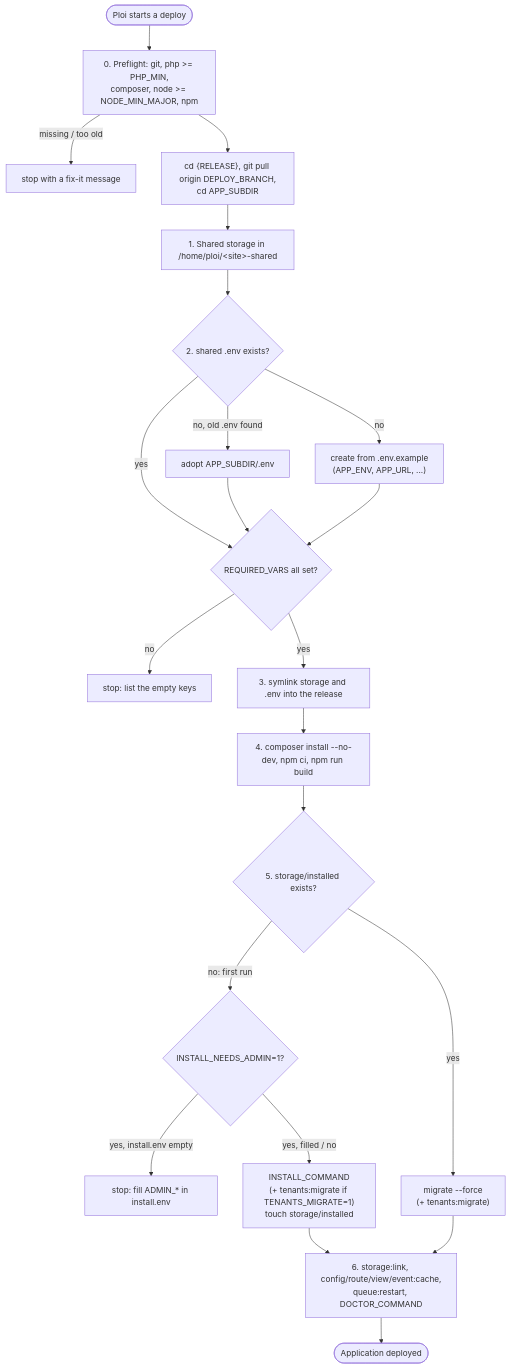
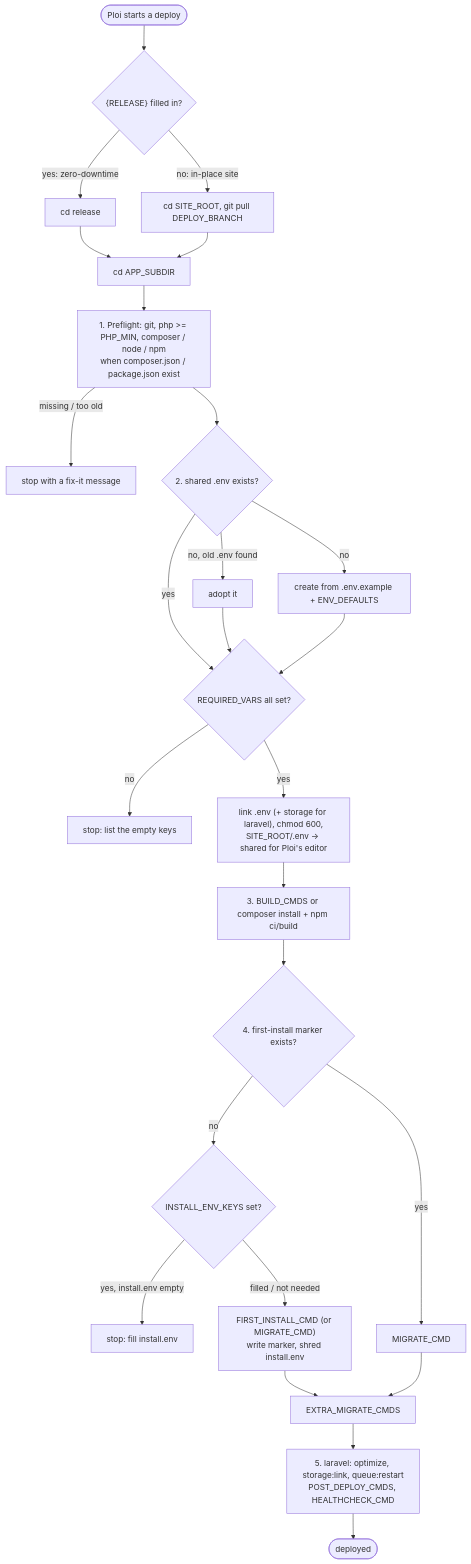
Before and after one commit to simtabi/server-infra-workbench: the diagram in docs/deploy.md, drawn with Mermaid. The commit also changed other lines of this file and 12 other files, not shown here.

````diff
--- a/docs/deploy.md
+++ b/docs/deploy.md
@@ -18,24 +27,28 @@
 ```mermaid
 flowchart TD
-    start(["Ploi starts a deploy"]) --> pre["0. Preflight: git, php >= PHP_MIN,<br/>composer, node >= NODE_MIN_MAJOR, npm"]
+    start(["Ploi starts a deploy"]) --> rel{"{RELEASE} filled in?"}
+    rel -->|"yes: zero-downtime"| zd["cd release"]
+    rel -->|"no: in-place site"| ip["cd SITE_ROOT, git pull DEPLOY_BRANCH"]
+    zd --> sub["cd APP_SUBDIR"]
+    ip --> sub
+    sub --> pre["1. Preflight: git, php >= PHP_MIN, composer / node / npm<br/>when composer.json / package.json exist"]
     pre -->|"missing / too old"| stop1["stop with a fix-it message"]
-    pre --> pull["cd {RELEASE}, git pull origin DEPLOY_BRANCH,<br/>cd APP_SUBDIR"]
-    pull --> shared["1. Shared storage in /home/ploi/&lt;site&gt;-shared"]
-    shared --> envq{"2. shared .env exists?"}
-    envq -->|no, old .env found| adopt["adopt APP_SUBDIR/.env"]
-    envq -->|no| create["create from .env.example<br/>(APP_ENV, APP_URL, ...)"]
+    pre --> envq{"2. shared .env exists?"}
+    envq -->|"no, old .env found"| adopt["adopt it"]
+    envq -->|no| create["create from .env.example + ENV_DEFAULTS"]
     envq -->|yes| req
     adopt --> req
     create --> req{"REQUIRED_VARS all set?"}
     req -->|no| stop2["stop: list the empty keys"]
-    req -->|yes| link["3. symlink storage and .env into the release"]
-    link --> build["4. composer install --no-dev, npm ci, npm run build"]
-    build --> inst{"5. storage/installed exists?"}
-    inst -->|"no: first run"| admin{"INSTALL_NEEDS_ADMIN=1?"}
-    admin -->|yes, install.env empty| stop3["stop: fill ADMIN_* in install.env"]
-    admin -->|"yes, filled / no"| install["INSTALL_COMMAND<br/>(+ tenants:migrate if TENANTS_MIGRATE=1)<br/>touch storage/installed"]
-    inst -->|yes| migrate["migrate --force<br/>(+ tenants:migrate)"]
-    install --> cache
-    migrate --> cache["6. storage:link, config/route/view/event:cache,<br/>queue:restart, DOCTOR_COMMAND"]
-    cache --> done(["Application deployed"])
+    req -->|yes| link["link .env (+ storage for laravel), chmod 600,<br/>SITE_ROOT/.env -> shared for Ploi's editor"]
+    link --> build["3. BUILD_CMDS or composer install + npm ci/build"]
+    build --> inst{"4. first-install marker exists?"}
+    inst -->|"no"| keys{"INSTALL_ENV_KEYS set?"}
+    keys -->|"yes, install.env empty"| stop3["stop: fill install.env"]
+    keys -->|"filled / not needed"| install["FIRST_INSTALL_CMD (or MIGRATE_CMD)<br/>write marker, shred install.env"]
+    inst -->|yes| migrate["MIGRATE_CMD"]
+    install --> extra["EXTRA_MIGRATE_CMDS"]
+    migrate --> extra
+    extra --> cache["5. laravel: optimize, storage:link, queue:restart<br/>POST_DEPLOY_CMDS, HEALTHCHECK_CMD"]
+    cache --> done(["deployed"])
 ```
````
